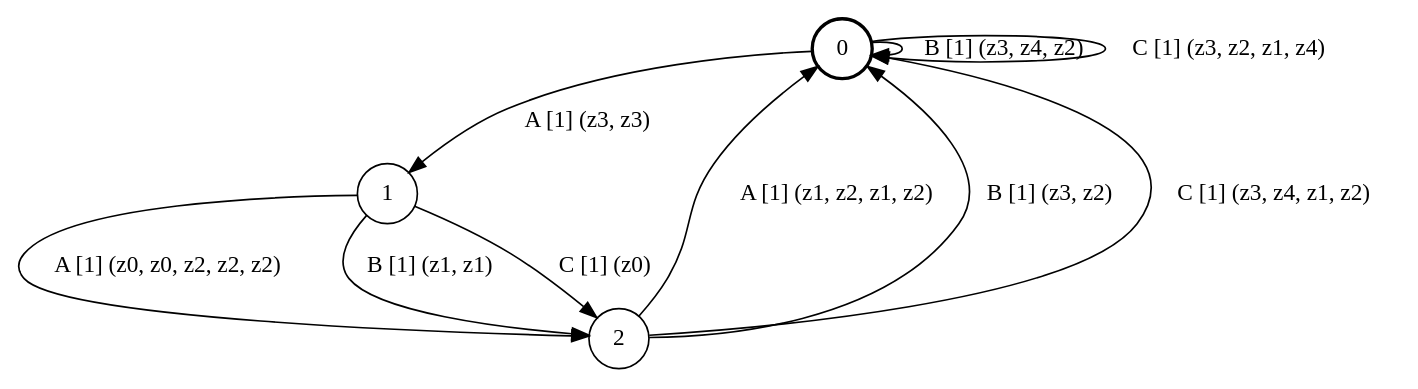
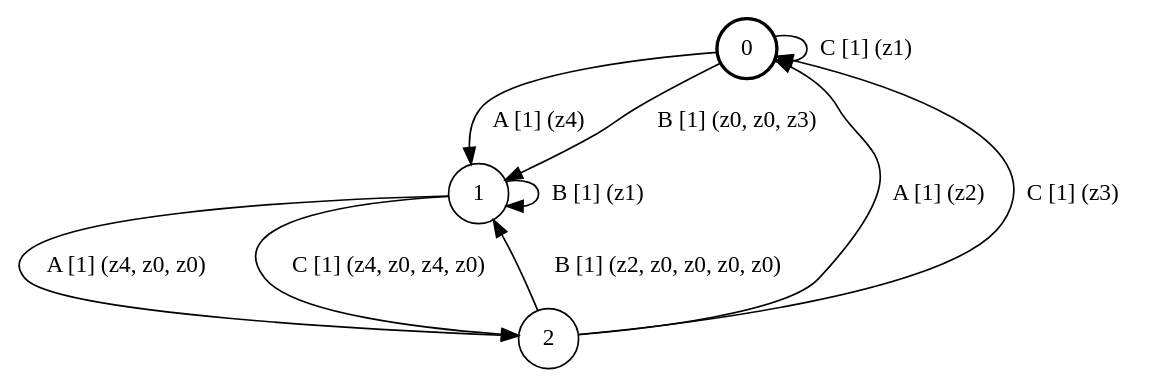
One commit to ulyantsev/EFSM-tools changed the diagram in qbf/testing/fsm_3s3e5a.dot. Above: the diagram before and after it, drawn with Graphviz. The commit also changed 1162 other files, not shown here.

```diff
--- a/qbf/testing/fsm_3s3e5a.dot
+++ b/qbf/testing/fsm_3s3e5a.dot
@@ -1,15 +1,15 @@
 # generated file, don't try to modify
 # command: dot -Tpng <filename> > tree.png
 digraph Automaton {
     node [shape = circle];
     0 [style = "bold"];
-    0 -> 1 [label = "A [1] (z3, z3) "];
-    0 -> 0 [label = "B [1] (z3, z4, z2) "];
-    0 -> 0 [label = "C [1] (z3, z2, z1, z4) "];
-    1 -> 2 [label = "A [1] (z0, z0, z2, z2, z2) "];
-    1 -> 2 [label = "B [1] (z1, z1) "];
-    1 -> 2 [label = "C [1] (z0) "];
-    2 -> 0 [label = "A [1] (z1, z2, z1, z2) "];
-    2 -> 0 [label = "B [1] (z3, z2) "];
-    2 -> 0 [label = "C [1] (z3, z4, z1, z2) "];
+    0 -> 1 [label = "A [1] (z4) "];
+    0 -> 1 [label = "B [1] (z0, z0, z3) "];
+    0 -> 0 [label = "C [1] (z1) "];
+    1 -> 2 [label = "A [1] (z4, z0, z0) "];
+    1 -> 1 [label = "B [1] (z1) "];
+    1 -> 2 [label = "C [1] (z4, z0, z4, z0) "];
+    2 -> 0 [label = "A [1] (z2) "];
+    2 -> 1 [label = "B [1] (z2, z0, z0, z0, z0) "];
+    2 -> 0 [label = "C [1] (z3) "];
 }
```
